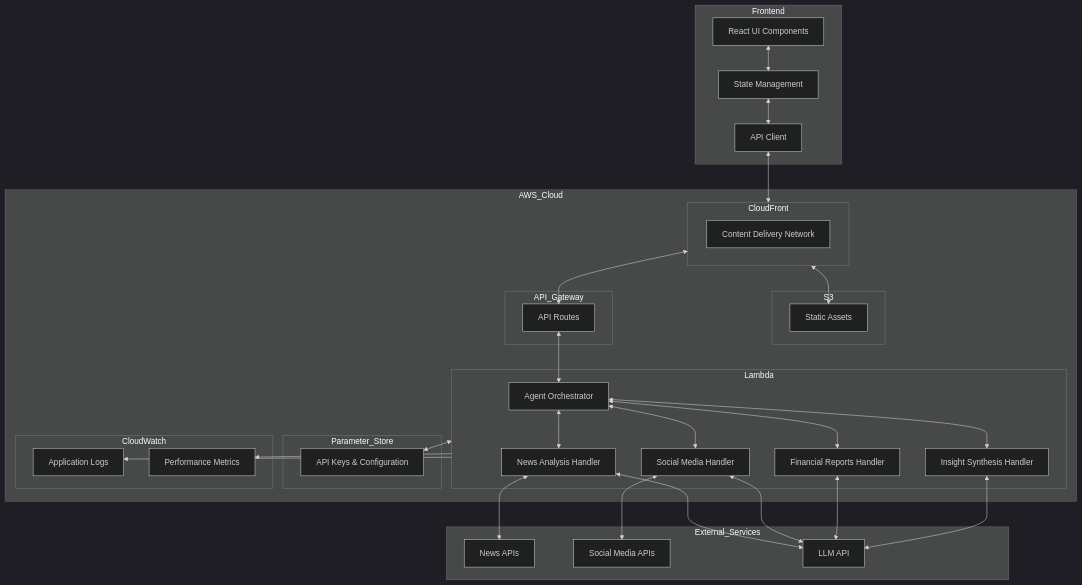
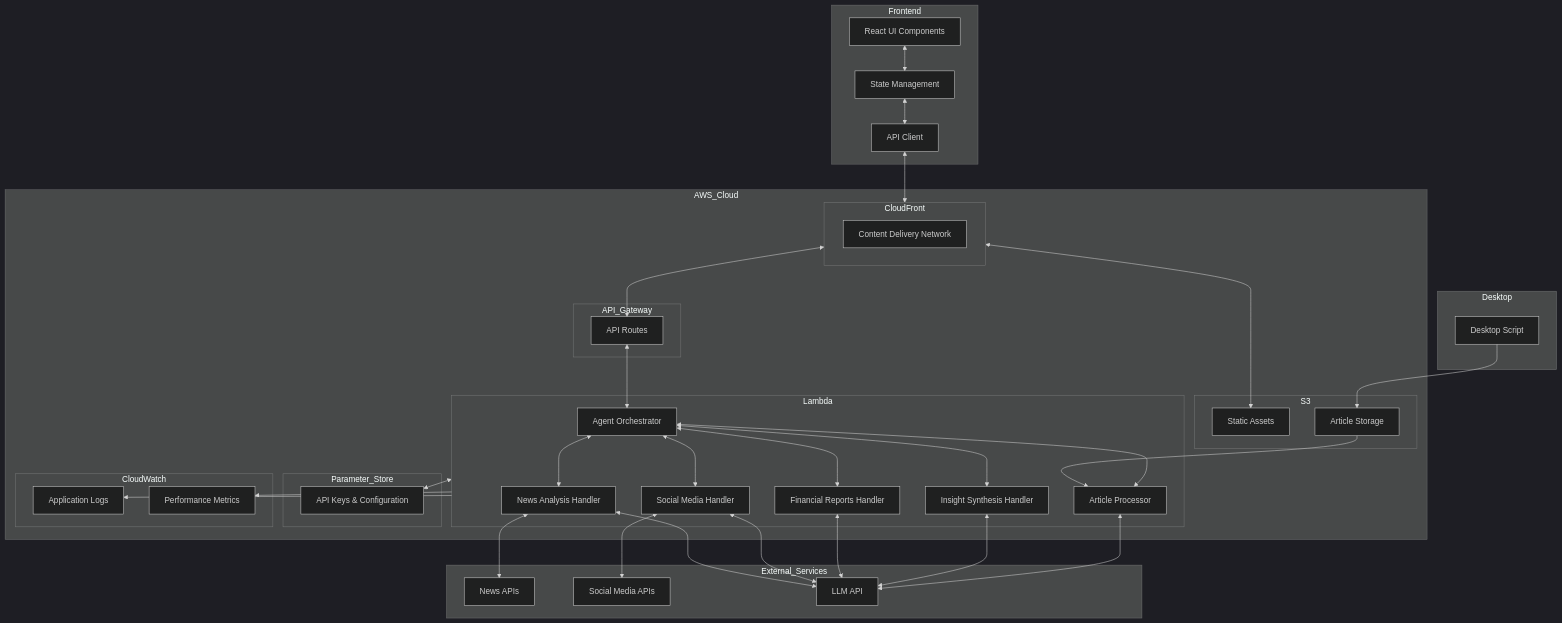
The first of 4 diagrams in memory-bank/systemPatterns.md (liamzdenek/hiive-application), drawn with Mermaid (dark theme) before and after one commit. The commit also changed other lines of this file and 4 other files, not shown here.

````diff
--- a/memory-bank/systemPatterns.md
+++ b/memory-bank/systemPatterns.md
@@ -7,65 +7,79 @@
 ```mermaid
 flowchart TD
     subgraph Frontend
         UI[React UI Components]
         State[State Management]
         API[API Client]
+    end
+    
+    subgraph Desktop
+        Script[Desktop Script]
     end
     
     subgraph AWS_Cloud
         subgraph CloudFront
             CDN[Content Delivery Network]
         end
         
         subgraph S3
             StaticAssets[Static Assets]
+            ArticleStorage[Article Storage]
         end
         
         subgraph API_Gateway
             APIRoutes[API Routes]
         end
         
         subgraph Lambda
             AgentOrchestrator[Agent Orchestrator]
             NewsHandler[News Analysis Handler]
             SocialHandler[Social Media Handler]
             FinanceHandler[Financial Reports Handler]
             SynthesisHandler[Insight Synthesis Handler]
+            ArticleProcessor[Article Processor]
         end
         
         subgraph Parameter_Store
             Secrets[API Keys & Configuration]
         end
         
         subgraph CloudWatch
             Logs[Application Logs]
             Metrics[Performance Metrics]
         end
     end
     
     subgraph External_Services
         NewsAPI[News APIs]
         SocialAPI[Social Media APIs]
         LLMAPI[LLM API]
     end
     
     UI <--> State
     State <--> API
     API <--> CloudFront
     CloudFront <--> StaticAssets
     CloudFront <--> APIRoutes
+    
+    Script --> ArticleStorage
+    ArticleStorage --> ArticleProcessor
+    
     APIRoutes <--> AgentOrchestrator
     AgentOrchestrator <--> NewsHandler
     AgentOrchestrator <--> SocialHandler
     AgentOrchestrator <--> FinanceHandler
     AgentOrchestrator <--> SynthesisHandler
+    AgentOrchestrator <--> ArticleProcessor
+    
     NewsHandler <--> LLMAPI
     SocialHandler <--> LLMAPI
     FinanceHandler <--> LLMAPI
     SynthesisHandler <--> LLMAPI
+    ArticleProcessor <--> LLMAPI
+    
     NewsHandler <--> NewsAPI
     SocialHandler <--> SocialAPI
     Lambda <--> Secrets
     Lambda --> Logs
     Lambda --> Metrics
 ```
````
